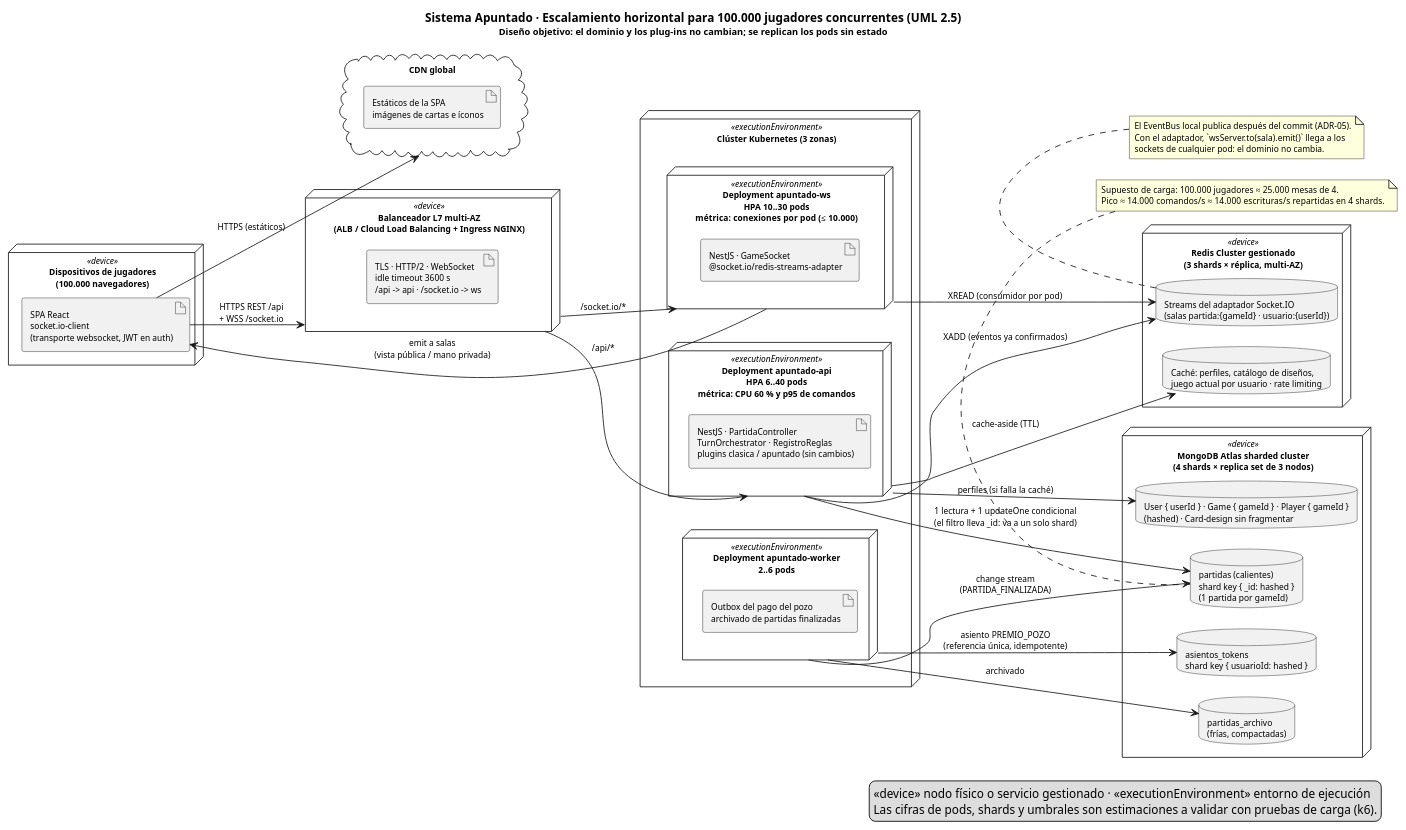
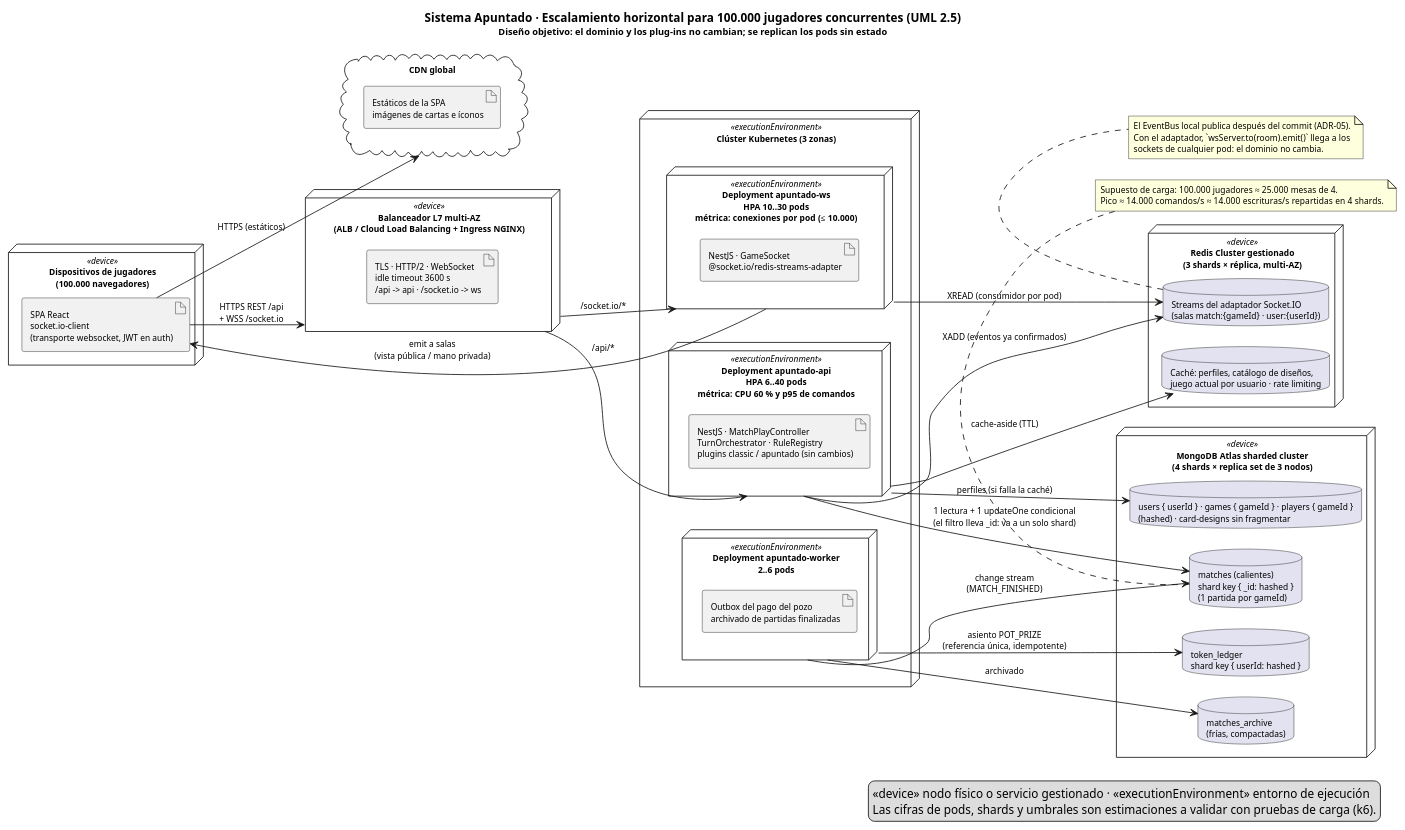
The diagram in diagramas/entregable-3/04-escalabilidad-100k.puml (Stephanos333/Error-404---Apuntado), drawn with PlantUML before and after one commit. The commit also changed 17 other files, not shown here.

First line of the commit message:
docs(entregable): report in the guide format and UML diagrams with English names

```diff
--- a/diagramas/entregable-3/04-escalabilidad-100k.puml
+++ b/diagramas/entregable-3/04-escalabilidad-100k.puml
@@ -1,76 +1,119 @@
 @startuml 04-escalabilidad-100k
 ' E3 · 5.4 · Despliegue objetivo para 100.000 jugadores concurrentes (ver docs/capitulo-5-retrospectiva-lecciones.md).
 title Sistema Apuntado · Escalamiento horizontal para 100.000 jugadores concurrentes (UML 2.5)\n<size:11>Diseño objetivo: el dominio y los plug-ins no cambian; se replican los pods sin estado</size>
 skinparam shadowing false
+' Estilo neutro (equivalente al tema por defecto de PlantUML moderno)
+skinparam backgroundColor #FFFFFF
+skinparam TitleFontStyle bold
+skinparam TitleFontSize 14
+skinparam ArrowColor #181818
+skinparam ArrowFontColor #000000
+skinparam NoteBackgroundColor #FEFFDD
+skinparam NoteBorderColor #181818
+skinparam LegendBackgroundColor #DDDDDD
+skinparam LegendBorderColor #181818
+skinparam ParticipantBackgroundColor #E2E2F0
+skinparam ParticipantBorderColor #181818
+skinparam ActorBackgroundColor #E2E2F0
+skinparam ActorBorderColor #181818
+skinparam DatabaseBackgroundColor #E2E2F0
+skinparam DatabaseBorderColor #181818
+skinparam SequenceLifeLineBorderColor #181818
+skinparam SequenceGroupBorderColor #181818
+skinparam SequenceGroupHeaderFontStyle bold
+skinparam SequenceDividerBackgroundColor #EEEEEE
+skinparam SequenceDividerBorderColor #181818
+skinparam SequenceReferenceBorderColor #181818
+skinparam ClassBackgroundColor #F1F1F1
+skinparam ClassBorderColor #181818
+skinparam ClassHeaderBackgroundColor #F1F1F1
+skinparam InterfaceBackgroundColor #F1F1F1
+skinparam InterfaceBorderColor #181818
+skinparam PackageBorderColor #181818
+skinparam PackageBackgroundColor #FFFFFF
+skinparam NodeBackgroundColor #FFFFFF
+skinparam NodeBorderColor #181818
+skinparam ArtifactBackgroundColor #F1F1F1
+skinparam ArtifactBorderColor #181818
+skinparam ComponentBackgroundColor #F1F1F1
+skinparam ComponentBorderColor #181818
+skinparam CloudBackgroundColor #FFFFFF
+skinparam CloudBorderColor #181818
+skinparam QueueBackgroundColor #F1F1F1
+skinparam QueueBorderColor #181818
+skinparam RectangleBorderColor #181818
+skinparam UsecaseBorderColor #181818
+skinparam StorageBorderColor #181818
+skinparam StorageBackgroundColor #F1F1F1
 skinparam defaultFontName Arial
 skinparam defaultFontSize 10
 skinparam nodesep 25
 skinparam ranksep 45
 left to right direction
 
 node "Dispositivos de jugadores\n(100.000 navegadores)" <<device>> as DEV {
   artifact "SPA React\nsocket.io-client\n(transporte websocket, JWT en auth)" as SPA
 }
 
 cloud "CDN global" as CDN {
   artifact "Estáticos de la SPA\nimágenes de cartas e íconos" as EST
 }
 
 node "Balanceador L7 multi-AZ\n(ALB / Cloud Load Balancing + Ingress NGINX)" <<device>> as LB {
   artifact "TLS · HTTP/2 · WebSocket\nidle timeout 3600 s\n/api -> api · /socket.io -> ws" as RUTAS
 }
 
 node "Clúster Kubernetes (3 zonas)" <<executionEnvironment>> as K8S {
   node "Deployment apuntado-ws\nHPA 10..30 pods\nmétrica: conexiones por pod (≤ 10.000)" <<executionEnvironment>> as WS {
     artifact "NestJS · GameSocket\n@socket.io/redis-streams-adapter" as WSA
   }
   node "Deployment apuntado-api\nHPA 6..40 pods\nmétrica: CPU 60 % y p95 de comandos" <<executionEnvironment>> as API {
-    artifact "NestJS · PartidaController\nTurnOrchestrator · RegistroReglas\nplugins clasica / apuntado (sin cambios)" as APIA
+    artifact "NestJS · MatchPlayController\nTurnOrchestrator · RuleRegistry\nplugins classic / apuntado (sin cambios)" as APIA
   }
   node "Deployment apuntado-worker\n2..6 pods" <<executionEnvironment>> as WRK {
     artifact "Outbox del pago del pozo\narchivado de partidas finalizadas" as WRKA
   }
 }
 
 node "Redis Cluster gestionado\n(3 shards × réplica, multi-AZ)" <<device>> as REDIS {
-  database "Streams del adaptador Socket.IO\n(salas partida:{gameId} · usuario:{userId})" as RS
+  database "Streams del adaptador Socket.IO\n(salas match:{gameId} · user:{userId})" as RS
   database "Caché: perfiles, catálogo de diseños,\njuego actual por usuario · rate limiting" as RC
 }
 
 node "MongoDB Atlas sharded cluster\n(4 shards × replica set de 3 nodos)" <<device>> as MDB {
-  database "partidas (calientes)\nshard key { _id: hashed }\n(1 partida por gameId)" as P
-  database "asientos_tokens\nshard key { usuarioId: hashed }" as A
-  database "User { userId } · Game { gameId } · Player { gameId }\n(hashed) · Card-design sin fragmentar" as U
-  database "partidas_archivo\n(frías, compactadas)" as H
+  database "matches (calientes)\nshard key { _id: hashed }\n(1 partida por gameId)" as P
+  database "token_ledger\nshard key { userId: hashed }" as A
+  database "users { userId } · games { gameId } · players { gameId }\n(hashed) · card-designs sin fragmentar" as U
+  database "matches_archive\n(frías, compactadas)" as H
 }
 
 SPA --> CDN : HTTPS (estáticos)
 SPA --> LB : HTTPS REST /api\n+ WSS /socket.io
 LB --> API : /api/*
 LB --> WS : /socket.io/*
 API --> RC : cache-aside (TTL)
 API --> P : 1 lectura + 1 updateOne condicional\n(el filtro lleva _id: va a un solo shard)
 API --> RS : XADD (eventos ya confirmados)
 WS --> RS : XREAD (consumidor por pod)
 WS --> SPA : emit a salas\n(vista pública / mano privada)
-WRK --> P : change stream\n(PARTIDA_FINALIZADA)
-WRK --> A : asiento PREMIO_POZO\n(referencia única, idempotente)
+WRK --> P : change stream\n(MATCH_FINISHED)
+WRK --> A : asiento POT_PRIZE\n(referencia única, idempotente)
 WRK --> H : archivado
 API --> U : perfiles (si falla la caché)
 
 note bottom of RS
   El EventBus local publica después del commit (ADR-05).
-  Con el adaptador, `wsServer.to(sala).emit()` llega a los
+  Con el adaptador, `wsServer.to(room).emit()` llega a los
   sockets de cualquier pod: el dominio no cambia.
 end note
 
 note bottom of P
   Supuesto de carga: 100.000 jugadores ≈ 25.000 mesas de 4.
   Pico ≈ 14.000 comandos/s ≈ 14.000 escrituras/s repartidas en 4 shards.
 end note
 
 legend right
   <<device>> nodo físico o servicio gestionado · <<executionEnvironment>> entorno de ejecución
   Las cifras de pods, shards y umbrales son estimaciones a validar con pruebas de carga (k6).
 endlegend
 @enduml
```
